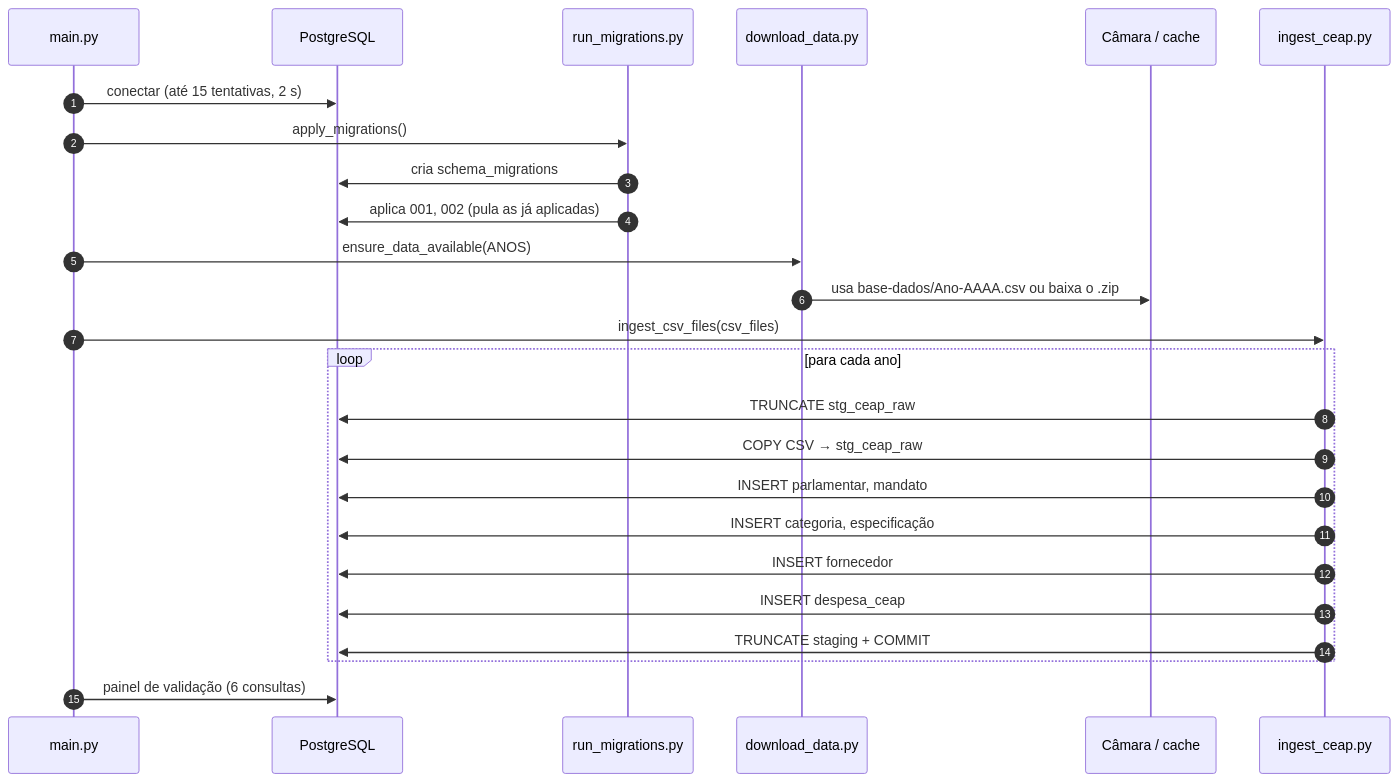
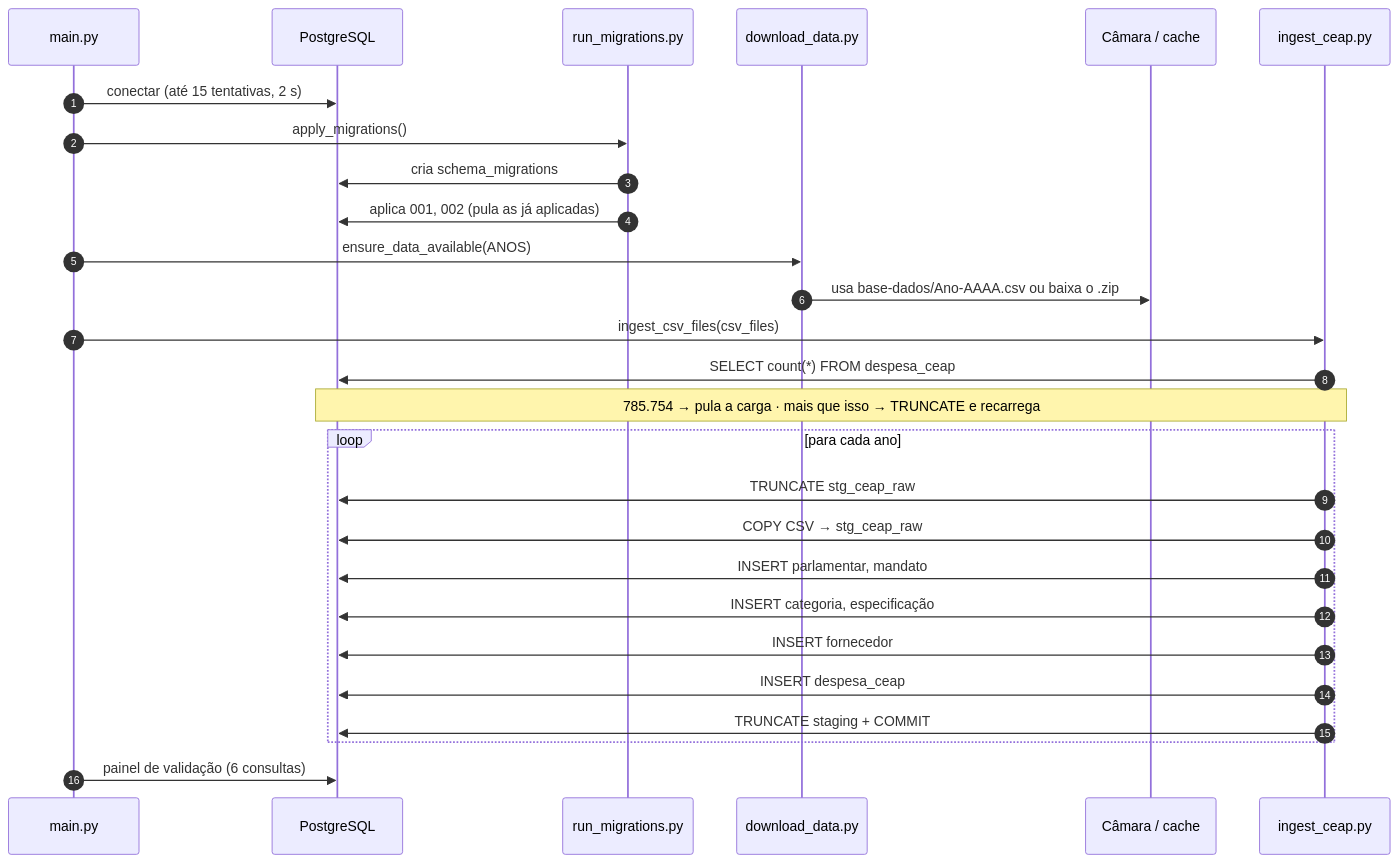
One commit to taybalau/sbd2-g8-ceap changed the diagram in docs/pipeline.md. Above: the diagram before and after it, drawn with Mermaid. The commit also changed other lines of this file and 11 other files, not shown here.

````diff
--- a/docs/pipeline.md
+++ b/docs/pipeline.md
@@ -7,28 +9,30 @@
 ```mermaid
 sequenceDiagram
     autonumber
     participant M as main.py
     participant PG as PostgreSQL
     participant R as run_migrations.py
     participant D as download_data.py
     participant C as Câmara / cache
     participant I as ingest_ceap.py
 
     M->>PG: conectar (até 15 tentativas, 2 s)
     M->>R: apply_migrations()
     R->>PG: cria schema_migrations
     R->>PG: aplica 001, 002 (pula as já aplicadas)
     M->>D: ensure_data_available(ANOS)
     D->>C: usa base-dados/Ano-AAAA.csv ou baixa o .zip
     M->>I: ingest_csv_files(csv_files)
+    I->>PG: SELECT count(*) FROM despesa_ceap
+    Note over I,PG: 785.754 → pula a carga · mais que isso → TRUNCATE e recarrega
     loop para cada ano
         I->>PG: TRUNCATE stg_ceap_raw
         I->>PG: COPY CSV → stg_ceap_raw
         I->>PG: INSERT parlamentar, mandato
         I->>PG: INSERT categoria, especificação
         I->>PG: INSERT fornecedor
         I->>PG: INSERT despesa_ceap
         I->>PG: TRUNCATE staging + COMMIT
     end
     M->>PG: painel de validação (6 consultas)
 ```
````
